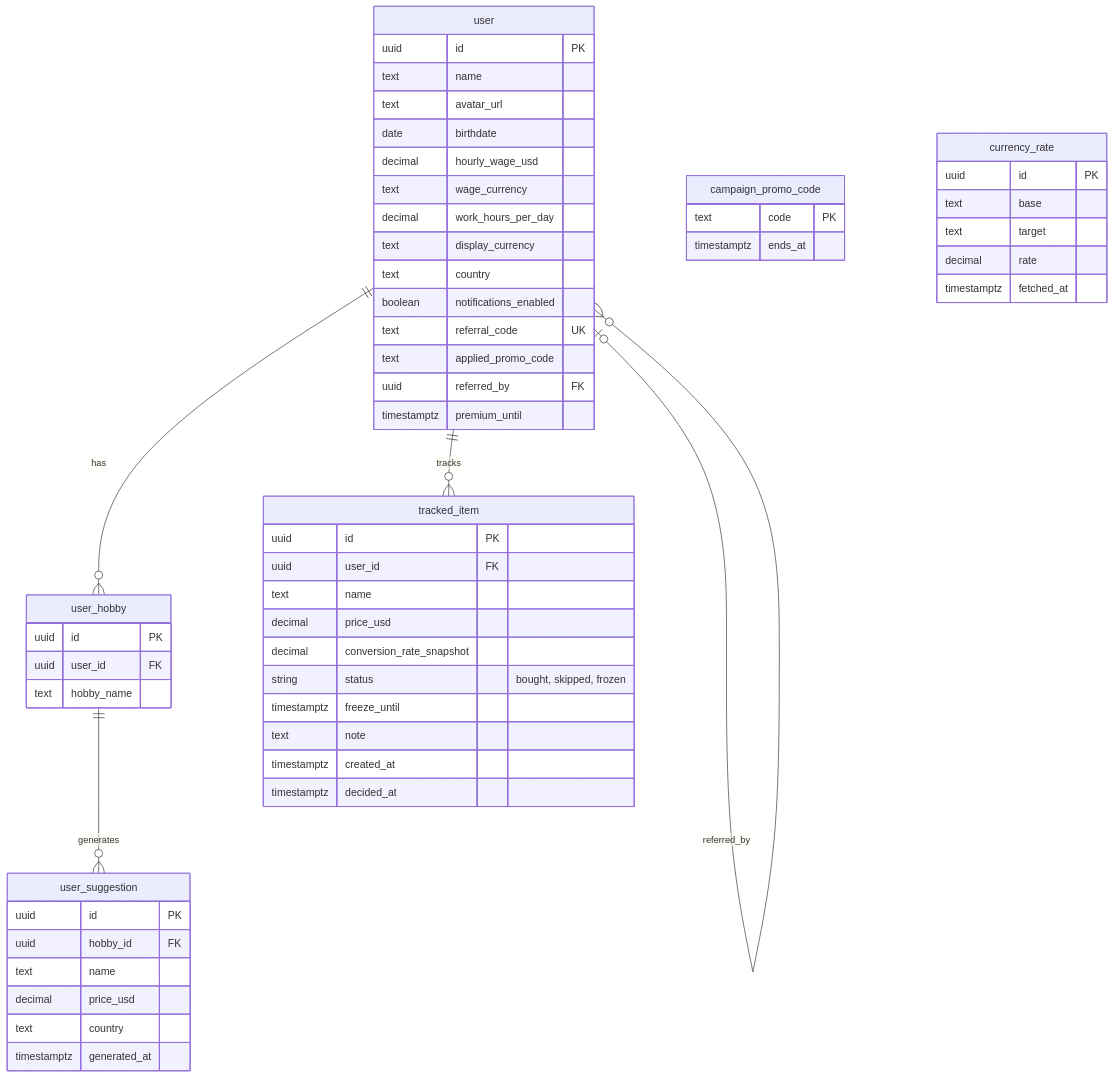
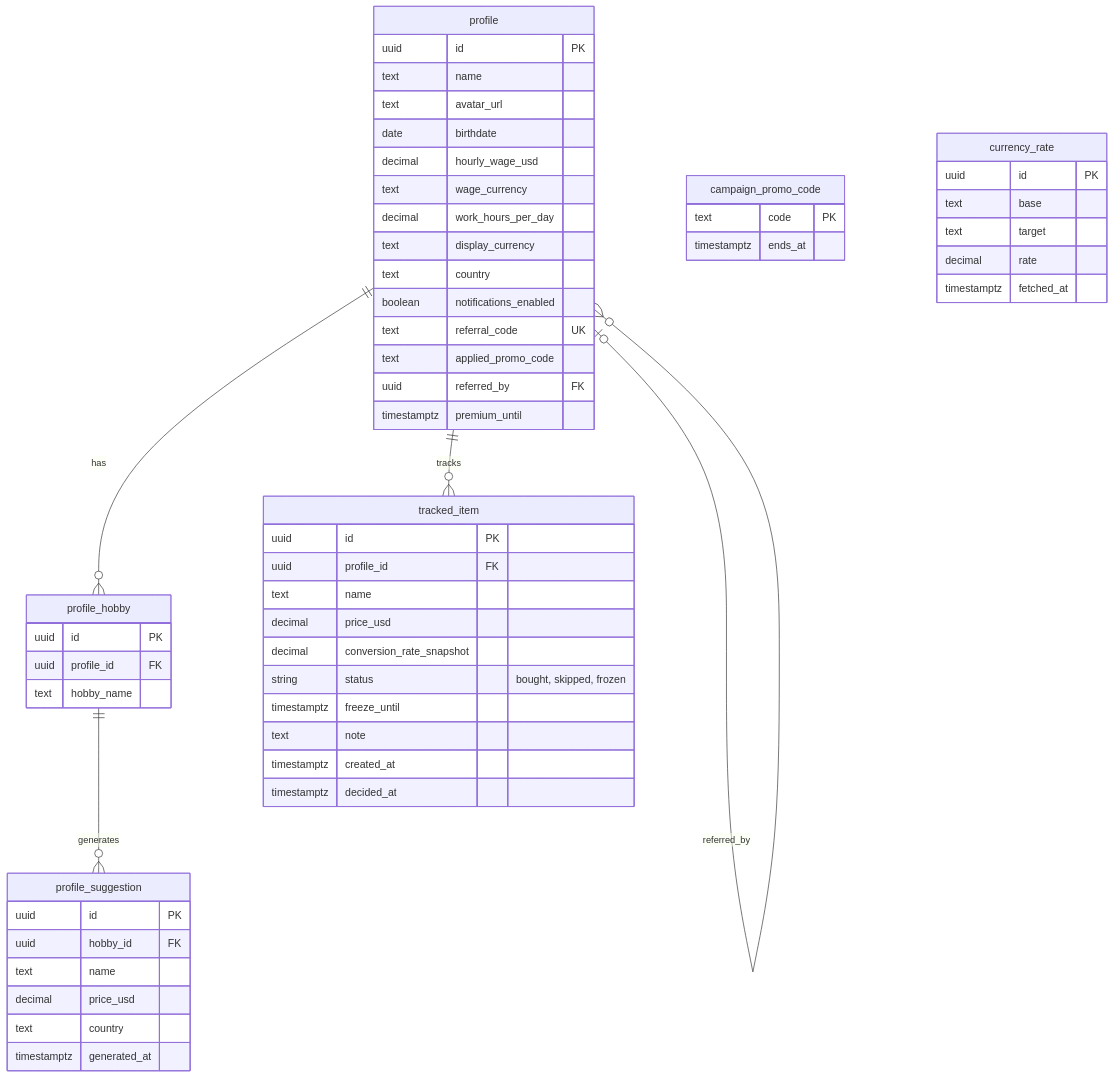
Before and after one commit to vojtechsanda/bad-buy: the diagram in docs/decisions/ADR-004.md, drawn with Mermaid. The commit also changed other lines of this file, not shown here.

First line of the commit message:
docs: update db ADR (rename user to profile)

````diff
--- a/docs/decisions/ADR-004.md
+++ b/docs/decisions/ADR-004.md
@@ -14,65 +14,65 @@
 ```mermaid
 erDiagram
-    user ||--o{ user_hobby : "has"
-    user ||--o{ tracked_item : "tracks"
-    user |o--o{ user : "referred_by"
-    user_hobby ||--o{ user_suggestion : "generates"
+    profile ||--o{ profile_hobby : "has"
+    profile ||--o{ tracked_item : "tracks"
+    profile |o--o{ profile : "referred_by"
+    profile_hobby ||--o{ profile_suggestion : "generates"
 
-    user {
+    profile {
         uuid id PK
         text name
         text avatar_url
         date birthdate
         decimal hourly_wage_usd
         text wage_currency
         decimal work_hours_per_day
         text display_currency
         text country
         boolean notifications_enabled
         text referral_code UK
         text applied_promo_code
         uuid referred_by FK
         timestamptz premium_until
     }
 
     campaign_promo_code {
         text code PK
         timestamptz ends_at
     }
 
-    user_hobby {
+    profile_hobby {
         uuid id PK
-        uuid user_id FK
+        uuid profile_id FK
         text hobby_name
     }
 
-    user_suggestion {
+    profile_suggestion {
         uuid id PK
         uuid hobby_id FK
         text name
         decimal price_usd
         text country
         timestamptz generated_at
     }
 
     tracked_item {
         uuid id PK
-        uuid user_id FK
+        uuid profile_id FK
         text name
         decimal price_usd
         decimal conversion_rate_snapshot
         string status "bought, skipped, frozen"
         timestamptz freeze_until
         text note
         timestamptz created_at
         timestamptz decided_at
     }
 
     currency_rate {
         uuid id PK
         text base
         text target
         decimal rate
         timestamptz fetched_at
     }
 ```
````
